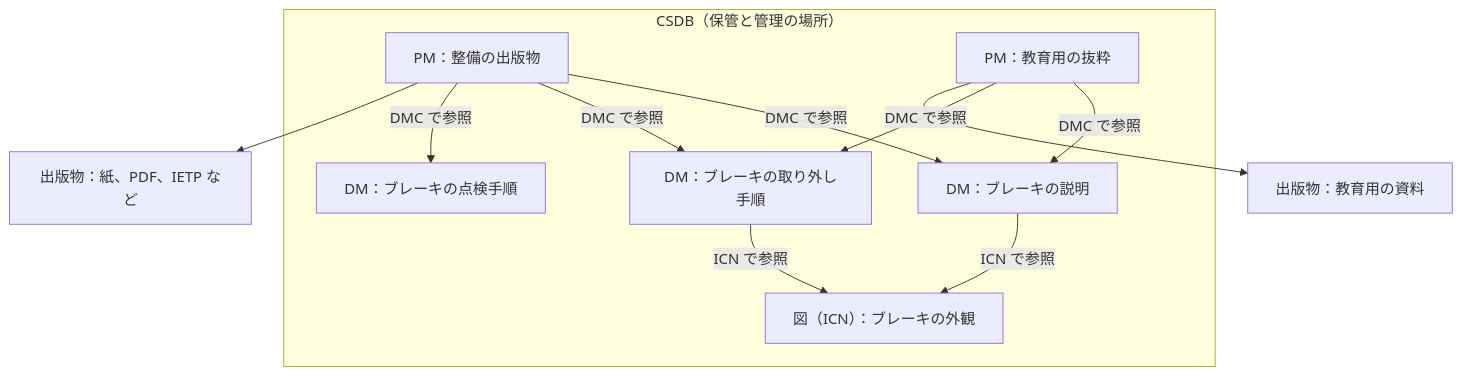
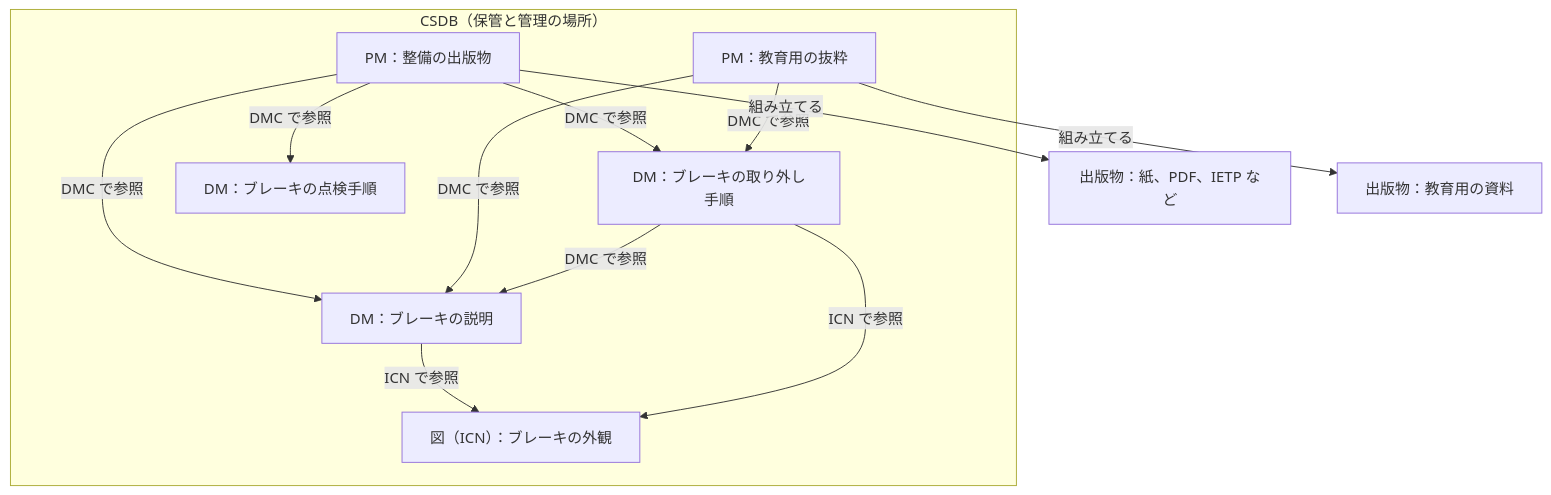
The fifth of 5 diagrams in books/s1000d-intro/core-concepts.md (shuji-bonji/zenn-articles), drawn with Mermaid before and after one commit. The commit also changed other lines of this file and 1 other file, not shown here.

````diff
--- a/books/s1000d-intro/core-concepts.md
+++ b/books/s1000d-intro/core-concepts.md
@@ -95,20 +173,21 @@
 ```mermaid
 flowchart TB
   subgraph CSDB["CSDB（保管と管理の場所）"]
     PM1["PM：整備の出版物"]
     PM2["PM：教育用の抜粋"]
     DM1["DM：ブレーキの説明"]
     DM2["DM：ブレーキの取り外し手順"]
     DM3["DM：ブレーキの点検手順"]
     ICN1["図（ICN）：ブレーキの外観"]
   end
   PM1 -- "DMC で参照" --> DM1
   PM1 -- "DMC で参照" --> DM2
   PM1 -- "DMC で参照" --> DM3
   PM2 -- "DMC で参照" --> DM1
   PM2 -- "DMC で参照" --> DM2
+  DM2 -- "DMC で参照" --> DM1
   DM1 -- "ICN で参照" --> ICN1
   DM2 -- "ICN で参照" --> ICN1
-  PM1 --> OUT1["出版物：紙、PDF、IETP など"]
-  PM2 --> OUT2["出版物：教育用の資料"]
+  PM1 -- "組み立てる" --> OUT1["出版物：紙、PDF、IETP など"]
+  PM2 -- "組み立てる" --> OUT2["出版物：教育用の資料"]
 ```
````
